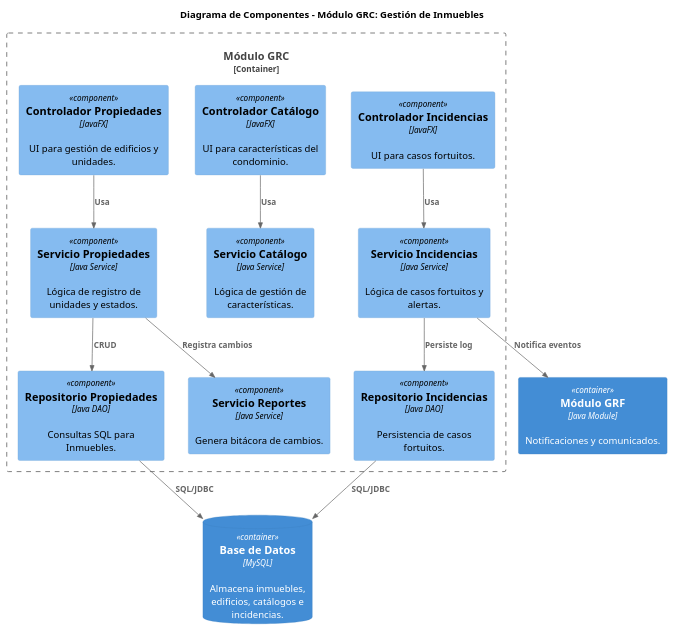
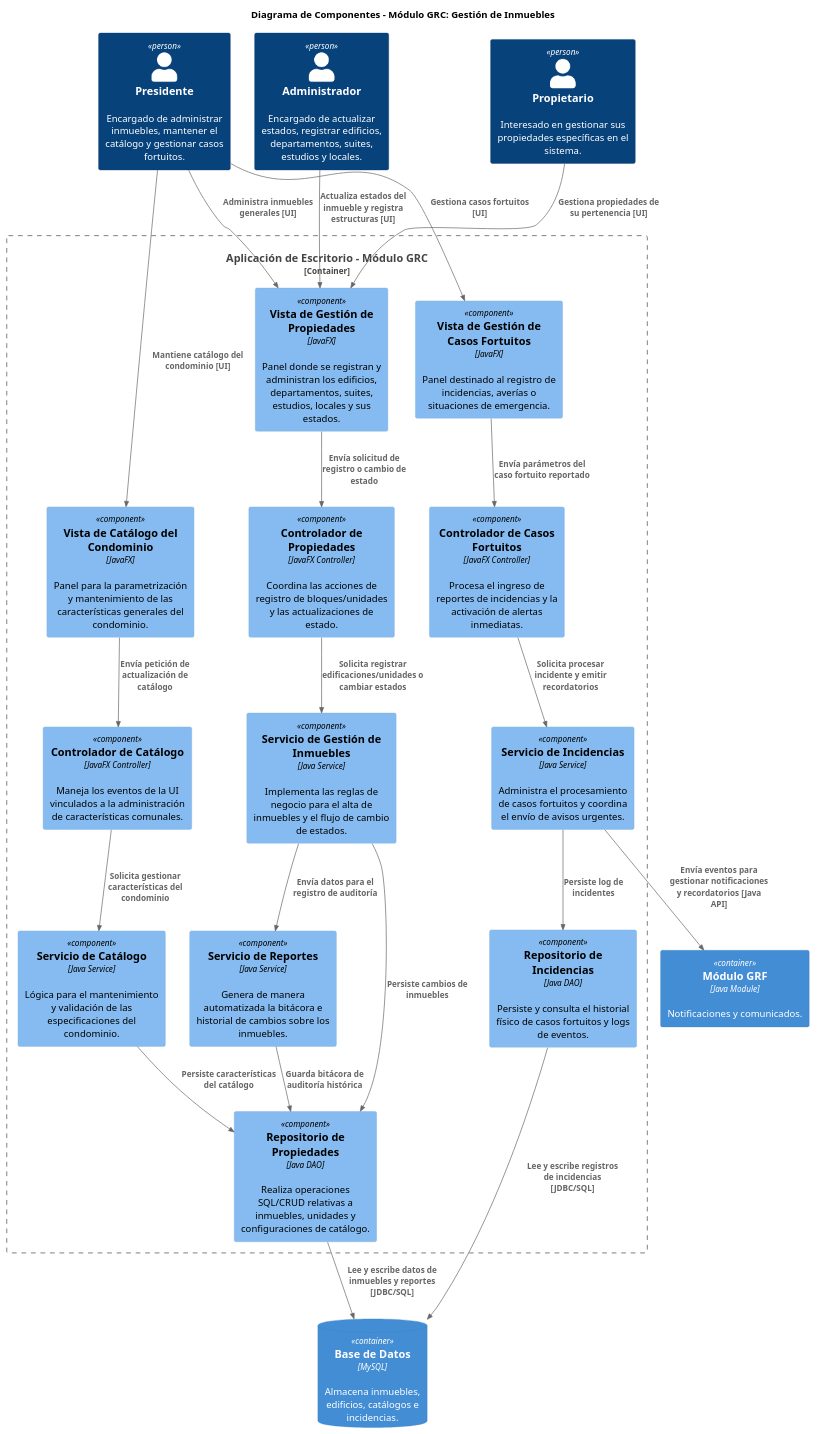
The diagram in docs/c4/GRC_components_diagram.puml (MN4CHO/Condominio26), drawn with PlantUML before and after one commit.

Commit message:
Actualización C4

```diff
--- a/docs/c4/GRC_components_diagram.puml
+++ b/docs/c4/GRC_components_diagram.puml
@@ -1,38 +1,88 @@
-@startuml C4_Component_Diagram_GRC
+@startuml C4_Component_Diagram_GRC_Fiel_Casos_Uso
 !include https://raw.githubusercontent.com/plantuml-stdlib/C4-PlantUML/master/C4_Component.puml
 
 title Diagrama de Componentes - Módulo GRC: Gestión de Inmuebles
 
+' ==========================================
+' ACTORES REALES (De la imagen image_f2a3b6.png)
+' ==========================================
+Person(propietario, "Propietario", "Interesado en gestionar sus propiedades específicas en el sistema.")
+Person(administrador, "Administrador", "Encargado de actualizar estados, registrar edificios, departamentos, suites, estudios y locales.")
+Person(presidente, "Presidente", "Encargado de administrar inmuebles, mantener el catálogo y gestionar casos fortuitos.")
+
+' ==========================================
+' CONTENEDORES EXTERNOS
+' ==========================================
 ContainerDb(database, "Base de Datos", "MySQL", "Almacena inmuebles, edificios, catálogos e incidencias.")
 Container(grf_module, "Módulo GRF", "Java Module", "Notificaciones y comunicados.")
 
-Container_Boundary(desktop_app, "Módulo GRC") {
-    ' Capa Presentación
-    Component(prop_ctrl, "Controlador Propiedades", "JavaFX", "UI para gestión de edificios y unidades.")
-    Component(cat_ctrl, "Controlador Catálogo", "JavaFX", "UI para características del condominio.")
-    Component(event_ctrl, "Controlador Incidencias", "JavaFX", "UI para casos fortuitos.")
+' ==========================================
+' APLICACIÓN DE ESCRITORIO - LÍMITE DEL MÓDULO
+' ==========================================
+Container_Boundary(desktop_app, "Aplicación de Escritorio - Módulo GRC") {
 
-    ' Capa Lógica
-    Component(prop_service, "Servicio Propiedades", "Java Service", "Lógica de registro de unidades y estados.")
-    Component(cat_service, "Servicio Catálogo", "Java Service", "Lógica de gestión de características.")
-    Component(event_service, "Servicio Incidencias", "Java Service", "Lógica de casos fortuitos y alertas.")
-    Component(report_service, "Servicio Reportes", "Java Service", "Genera bitácora de cambios.")
+    ' ------------------------------------------
+    ' CAPA VISTA (JavaFX UI Panels)
+    ' ------------------------------------------
+    Component(prop_view, "Vista de Gestión de Propiedades", "JavaFX", "Panel donde se registran y administran los edificios, departamentos, suites, estudios, locales y sus estados.")
+    Component(cat_view, "Vista de Catálogo del Condominio", "JavaFX", "Panel para la parametrización y mantenimiento de las características generales del condominio.")
+    Component(event_view, "Vista de Gestión de Casos Fortuitos", "JavaFX", "Panel destinado al registro de incidencias, averías o situaciones de emergencia.")
 
-    ' Capa Datos
-    Component(prop_repo, "Repositorio Propiedades", "Java DAO", "Consultas SQL para Inmuebles.")
-    Component(event_repo, "Repositorio Incidencias", "Java DAO", "Persistencia de casos fortuitos.")
+    ' ------------------------------------------
+    ' CAPA CONTROLADOR (JavaFX Controllers)
+    ' ------------------------------------------
+    Component(prop_ctrl, "Controlador de Propiedades", "JavaFX Controller", "Coordina las acciones de registro de bloques/unidades y las actualizaciones de estado.")
+    Component(cat_ctrl, "Controlador de Catálogo", "JavaFX Controller", "Maneja los eventos de la UI vinculados a la administración de características comunales.")
+    Component(event_ctrl, "Controlador de Casos Fortuitos", "JavaFX Controller", "Procesa el ingreso de reportes de incidencias y la activación de alertas inmediatas.")
+
+    ' ------------------------------------------
+    ' CAPA SERVICIO (Lógica de Negocio)
+    ' ------------------------------------------
+    Component(prop_service, "Servicio de Gestión de Inmuebles", "Java Service", "Implementa las reglas de negocio para el alta de inmuebles y el flujo de cambio de estados.")
+    Component(cat_service, "Servicio de Catálogo", "Java Service", "Lógica para el mantenimiento y validación de las especificaciones del condominio.")
+    Component(event_service, "Servicio de Incidencias", "Java Service", "Administra el procesamiento de casos fortuitos y coordina el envío de avisos urgentes.")
+    Component(report_service, "Servicio de Reportes", "Java Service", "Genera de manera automatizada la bitácora e historial de cambios sobre los inmuebles.")
+
+    ' ------------------------------------------
+    ' CAPA REPOSITORIO (Persistencia DAO)
+    ' ------------------------------------------
+    Component(prop_repo, "Repositorio de Propiedades", "Java DAO", "Realiza operaciones SQL/CRUD relativas a inmuebles, unidades y configuraciones de catálogo.")
+    Component(event_repo, "Repositorio de Incidencias", "Java DAO", "Persiste y consulta el historial físico de casos fortuitos y logs de eventos.")
 }
 
-Rel(prop_ctrl, prop_service, "Usa")
-Rel(cat_ctrl, cat_service, "Usa")
-Rel(event_ctrl, event_service, "Usa")
+' ==========================================
+' RELACIONES Y FLUJOS BASADOS EN CASOS DE USO
+' ==========================================
 
-Rel(prop_service, report_service, "Registra cambios")
-Rel(event_service, grf_module, "Notifica eventos")
+' Interacciones de Actores con las Vistas (image_f2a3b6.png)
+Rel(propietario, prop_view, "Gestiona propiedades de su pertenencia [UI]")
+Rel(administrador, prop_view, "Actualiza estados del inmueble y registra estructuras [UI]")
+Rel(presidente, prop_view, "Administra inmuebles generales [UI]")
+Rel(presidente, cat_view, "Mantiene catálogo del condominio [UI]")
+Rel(presidente, event_view, "Gestiona casos fortuitos [UI]")
 
-Rel(prop_service, prop_repo, "CRUD")
-Rel(event_service, event_repo, "Persiste log")
+' Vinculación Vista -> Controlador
+Rel(prop_view, prop_ctrl, "Envía solicitud de registro o cambio de estado")
+Rel(cat_view, cat_ctrl, "Envía petición de actualización de catálogo")
+Rel(event_view, event_ctrl, "Envía parámetros del caso fortuito reportado")
 
-Rel(prop_repo, database, "SQL/JDBC")
-Rel(event_repo, database, "SQL/JDBC")
+' Vinculación Controlador -> Servicio
+Rel(prop_ctrl, prop_service, "Solicita registrar edificaciones/unidades o cambiar estados")
+Rel(cat_ctrl, cat_service, "Solicita gestionar características del condominio")
+Rel(event_ctrl, event_service, "Solicita procesar incidente y emitir recordatorios")
+
+' Interacciones internas de la capa de negocio e inter-módulos
+Rel(prop_service, report_service, "Envía datos para el registro de auditoría")
+Rel(event_service, grf_module, "Envía eventos para gestionar notificaciones y recordatorios [Java API]")
+
+' Vinculación Servicio -> Repositorio (DAO)
+Rel(prop_service, prop_repo, "Persiste cambios de inmuebles")
+Rel(cat_service, prop_repo, "Persiste características del catálogo")
+Rel(report_service, prop_repo, "Guarda bitácora de auditoría histórica")
+Rel(event_service, event_repo, "Persiste log de incidentes")
+
+' Capa de Persistencia -> Base de Datos
+Rel(prop_repo, database, "Lee y escribe datos de inmuebles y reportes [JDBC/SQL]")
+Rel(event_repo, database, "Lee y escribe registros de incidencias [JDBC/SQL]")
+
 @enduml
```
